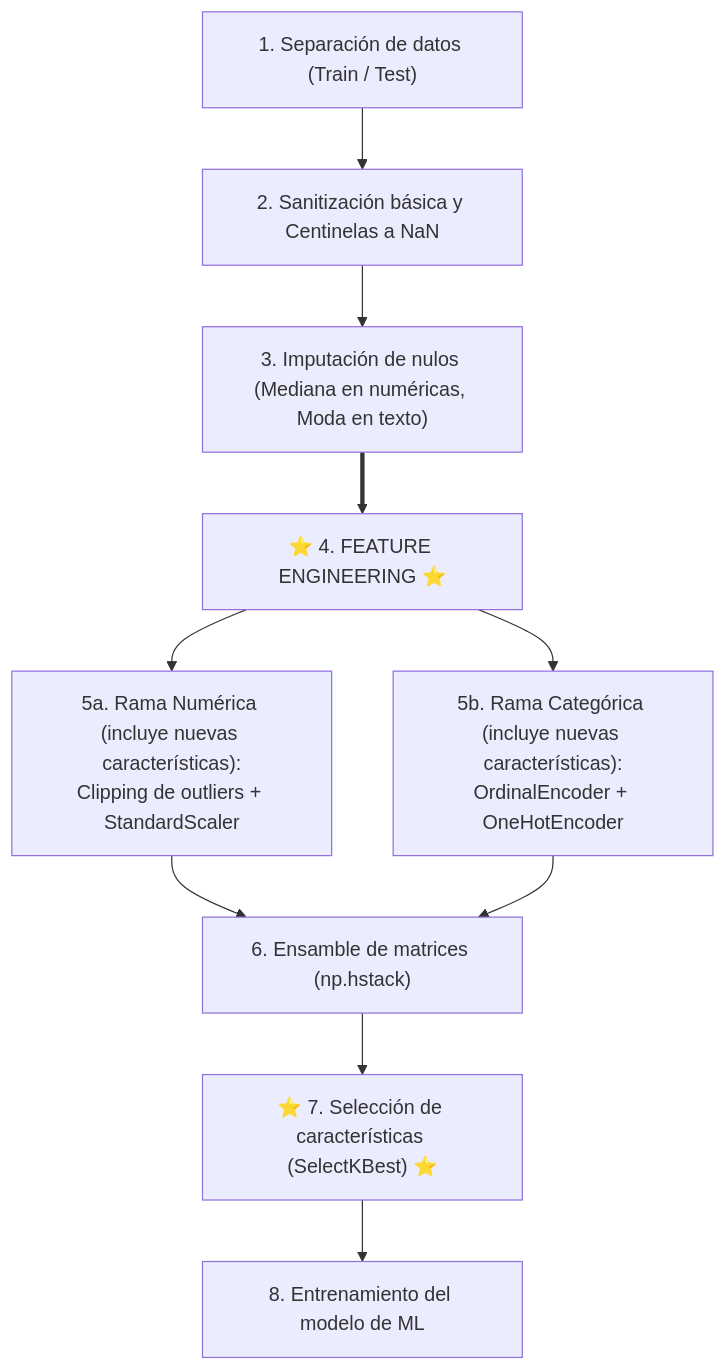
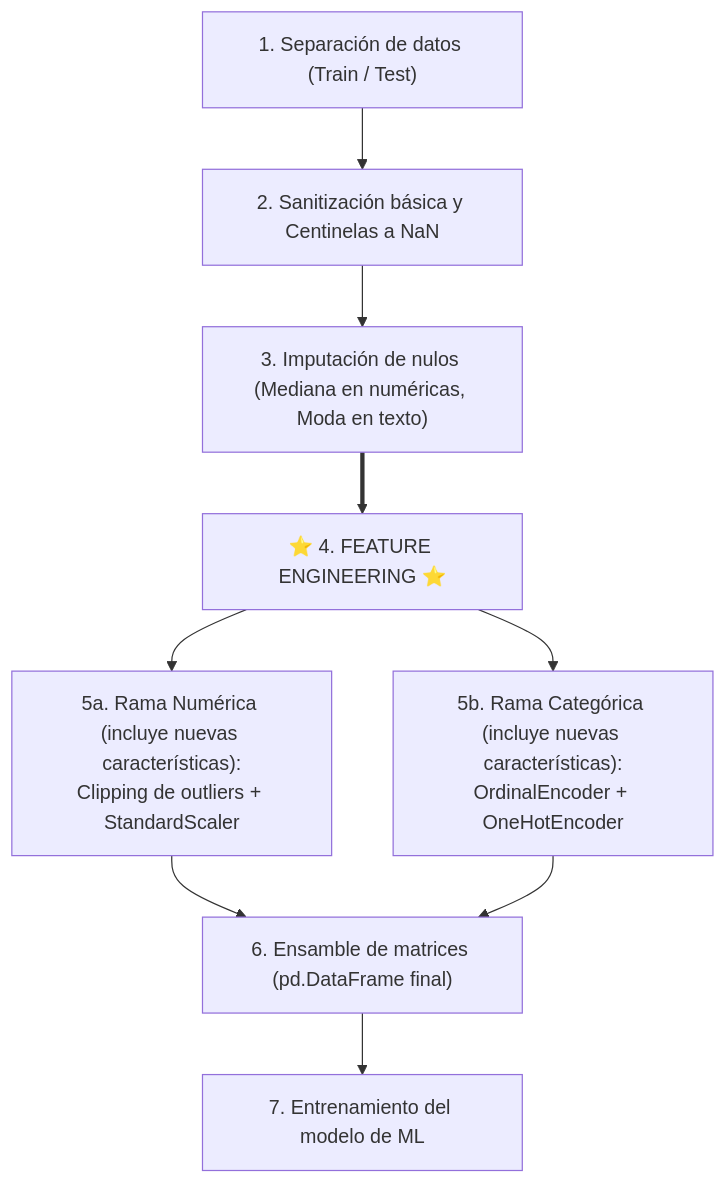
Before and after one commit to acamarac02/DevTacora: the first of 2 diagrams in docs/02_pia_2627/ut3_preparacion_analisis_datos/7-feature-engineering-seleccion.md, drawn with Mermaid. The commit also changed other lines of this file and 1 other file, not shown here.

````diff
--- a/docs/02_pia_2627/ut3_preparacion_analisis_datos/7-feature-engineering-seleccion.md
+++ b/docs/02_pia_2627/ut3_preparacion_analisis_datos/7-feature-engineering-seleccion.md
@@ -24,16 +23,15 @@
 ```mermaid
 flowchart TD
     P1["1. Separación de datos (Train / Test)"] --> P2["2. Sanitización básica y Centinelas a NaN"]
     P2 --> P3["3. Imputación de nulos (Mediana en numéricas, Moda en texto)"]
     
     P3 ==> FE["⭐ 4. FEATURE ENGINEERING ⭐"]
     
     FE --> N["5a. Rama Numérica (incluye nuevas características):<br/>Clipping de outliers + StandardScaler"]
     FE --> C["5b. Rama Categórica (incluye nuevas características):<br/>OrdinalEncoder + OneHotEncoder"]
     
-    N --> ENS["6. Ensamble de matrices (np.hstack)"]
+    N --> ENS["6. Ensamble de matrices (pd.DataFrame final)"]
     C --> ENS
     
-    ENS --> SEL["⭐ 7. Selección de características (SelectKBest) ⭐"]
-    SEL --> MODELO["8. Entrenamiento del modelo de ML"]
+    ENS --> MODELO["7. Entrenamiento del modelo de ML"]
 ```
````
